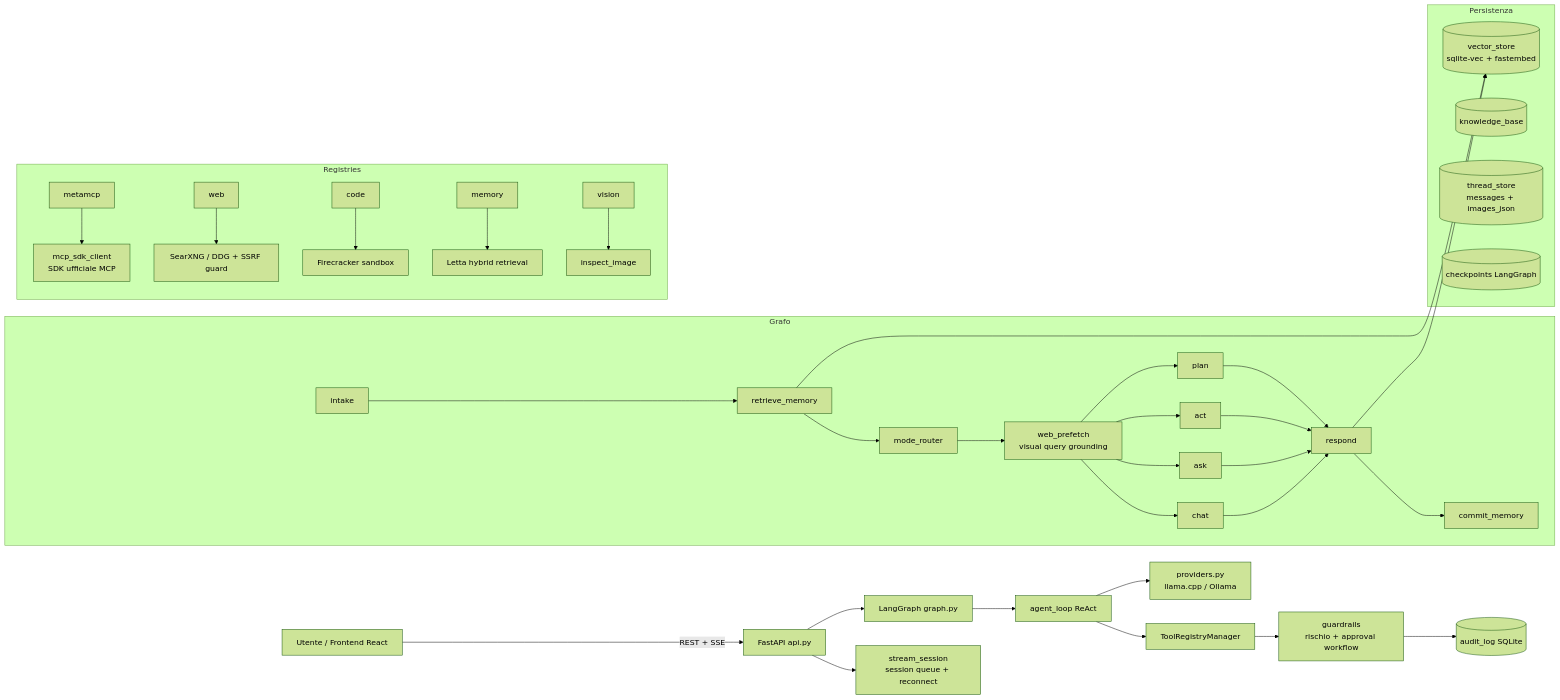
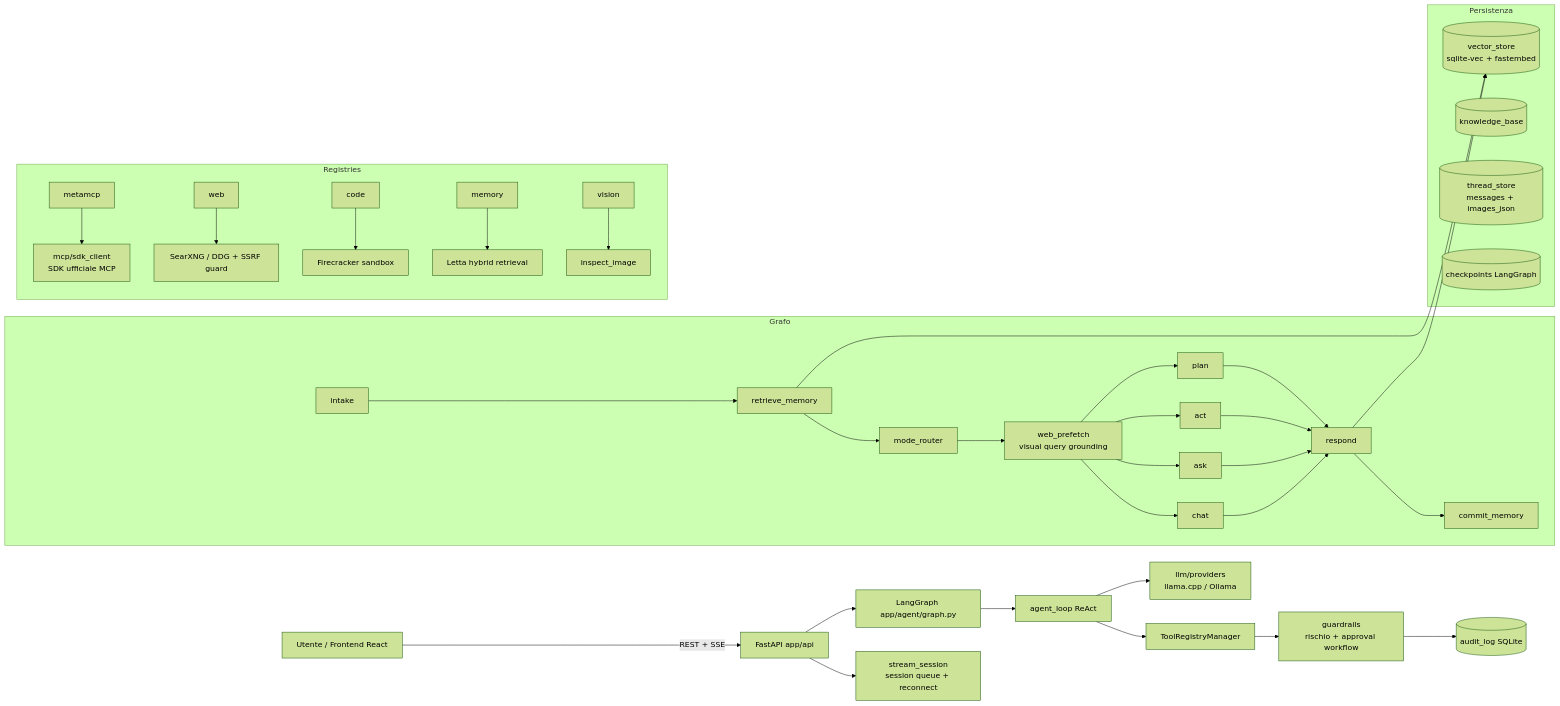
The first of 2 diagrams in backend/README.md (DevGiov/homelab-agent), drawn with Mermaid (forest theme) before and after one commit. The commit also changed other lines of this file and 23 other files, not shown here.

````diff
--- a/backend/README.md
+++ b/backend/README.md
@@ -7,38 +7,38 @@
 ```mermaid
 flowchart LR
-    U[Utente / Frontend React] -->|REST + SSE| API[FastAPI api.py]
+    U[Utente / Frontend React] -->|REST + SSE| API[FastAPI app/api]
     API --> SS[stream_session<br/>session queue + reconnect]
-    API --> G[LangGraph graph.py]
+    API --> G[LangGraph app/agent/graph.py]
 
     subgraph Grafo
         I[intake] --> RM[retrieve_memory] --> MR[mode_router]
         MR --> WP[web_prefetch<br/>visual query grounding]
         WP --> CH[chat] & AK[ask] & AC[act] & PL[plan]
         CH & AK & AC & PL --> RS[respond] --> CM[commit_memory]
     end
 
     G --> AL[agent_loop ReAct]
     AL --> REG[ToolRegistryManager]
 
     subgraph Registries
-        MM[metamcp] --> SDK[mcp_sdk_client<br/>SDK ufficiale MCP]
+        MM[metamcp] --> SDK[mcp/sdk_client<br/>SDK ufficiale MCP]
         WS[web] --> SX[SearXNG / DDG + SSRF guard]
         CE[code] --> FC[Firecracker sandbox]
         ME[memory] --> LT[Letta hybrid retrieval]
         VN[vision] --> VI[inspect_image]
     end
 
     REG --> GR[guardrails<br/>rischio + approval workflow]
     GR --> AUD[(audit_log SQLite)]
 
     subgraph Persistenza
         VEC[(vector_store<br/>sqlite-vec + fastembed)]
         KB[(knowledge_base)]
         TS[(thread_store<br/>messages + images_json)]
         CP[(checkpoints LangGraph)]
     end
 
-    AL --> LLM[providers.py<br/>llama.cpp / Ollama]
+    AL --> LLM[llm/providers<br/>llama.cpp / Ollama]
     RM --> VEC
     RS --> VEC
 ```
````
